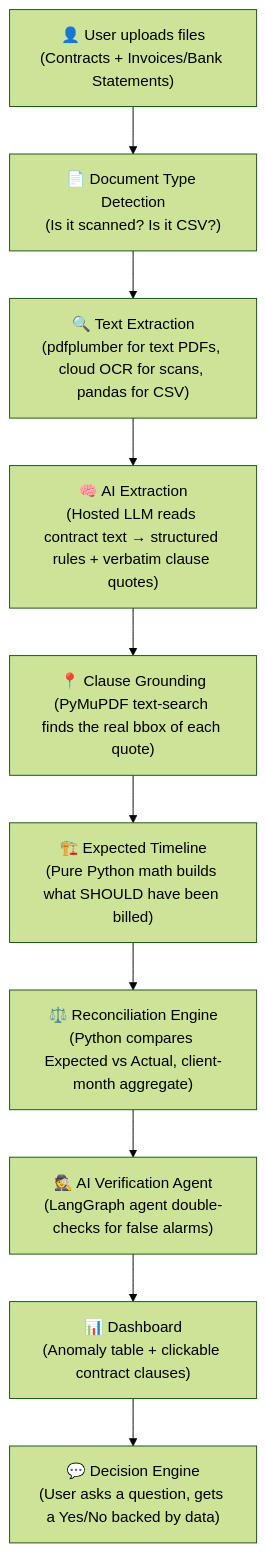
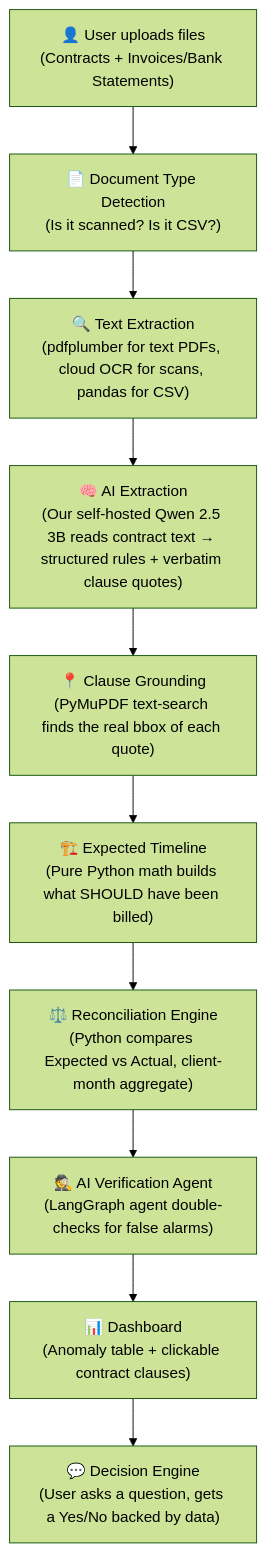
One commit to maybethemuhammadibrahim/Fin changed the first of 10 diagrams in docs/implementation_plan.md. Above: the diagram before and after it, drawn with Mermaid (forest theme). The commit also changed other lines of this file and 13 other files, not shown here.

````diff
--- a/docs/implementation_plan.md
+++ b/docs/implementation_plan.md
@@ -15,12 +15,12 @@
 ```mermaid
 flowchart TD
     A["👤 User uploads files\n(Contracts + Invoices/Bank Statements)"] --> B["📄 Document Type Detection\n(Is it scanned? Is it CSV?)"]
     B --> C["🔍 Text Extraction\n(pdfplumber for text PDFs, cloud OCR for scans, pandas for CSV)"]
-    C --> D["🧠 AI Extraction\n(Hosted LLM reads contract text → structured rules + verbatim clause quotes)"]
+    C --> D["🧠 AI Extraction\n(Our self-hosted Qwen 2.5 3B reads contract text → structured rules + verbatim clause quotes)"]
     D --> D2["📍 Clause Grounding\n(PyMuPDF text-search finds the real bbox of each quote)"]
     D2 --> E["🏗️ Expected Timeline\n(Pure Python math builds what SHOULD have been billed)"]
     E --> F["⚖️ Reconciliation Engine\n(Python compares Expected vs Actual, client-month aggregate)"]
     F --> G["🕵️ AI Verification Agent\n(LangGraph agent double-checks for false alarms)"]
     G --> H["📊 Dashboard\n(Anomaly table + clickable contract clauses)"]
     H --> I["💬 Decision Engine\n(User asks a question, gets a Yes/No backed by data)"]
 ```
````
